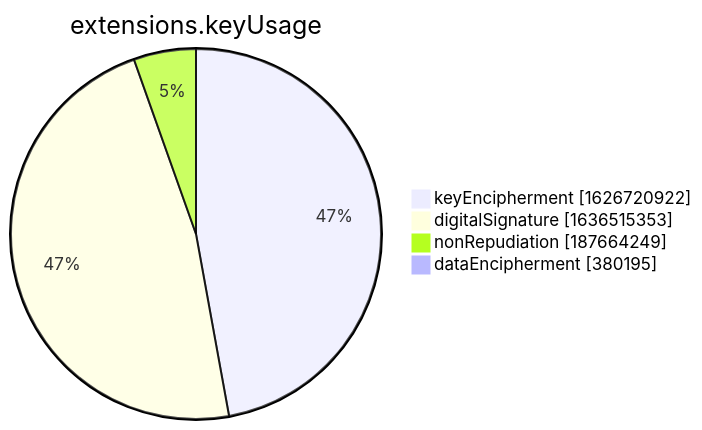
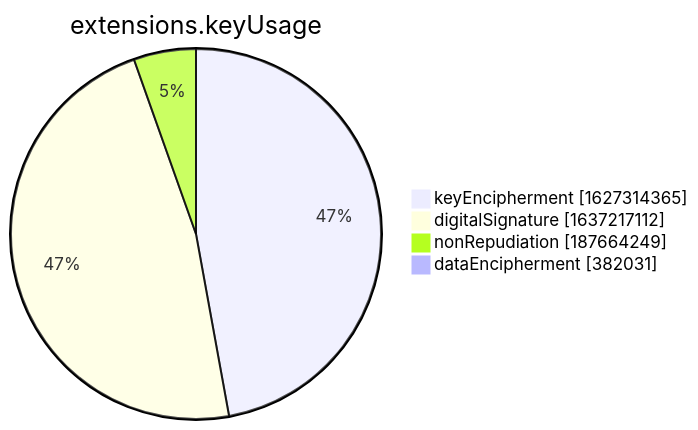
The seventh of 15 diagrams in xenon2022/README.md (christiankrug/ctmonitor_visualization), drawn with Mermaid before and after one commit. The commit also changed other lines of this file, not shown here.

````diff
--- a/xenon2022/README.md
+++ b/xenon2022/README.md
@@ -2855,8 +2855,8 @@
 ```mermaid
 pie showData
 title extensions.keyUsage
-"keyEncipherment" :1626720922
-"digitalSignature" :1636515353
+"keyEncipherment" :1627314365
+"digitalSignature" :1637217112
 "nonRepudiation" :187664249
-"dataEncipherment" :380195
+"dataEncipherment" :382031
 ```
````
